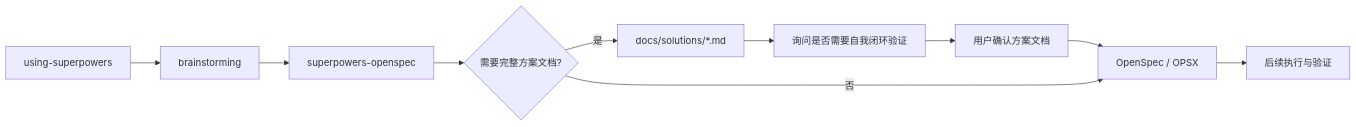
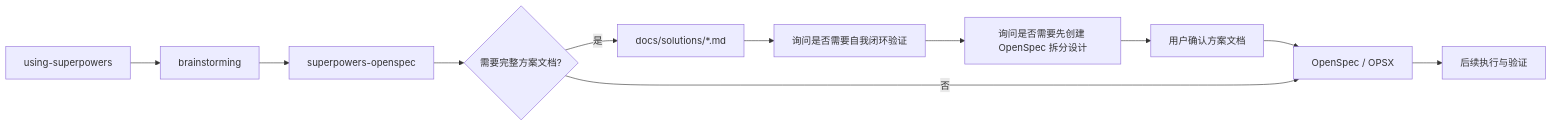
Before and after one commit to tielei60/superpowers-openspec: the diagram in references/skill-usage-sequence.md, drawn with Mermaid. The commit also changed other lines of this file and 9 other files, not shown here.

````diff
--- a/references/skill-usage-sequence.md
+++ b/references/skill-usage-sequence.md
@@ -7,12 +7,13 @@
 ```mermaid
 flowchart LR
     A[using-superpowers] --> B[brainstorming]
     B --> C[superpowers-openspec]
     C --> D{需要完整方案文档?}
     D -- 是 --> E[docs/solutions/*.md]
     E --> F[询问是否需要自我闭环验证]
-    F --> G[用户确认方案文档]
-    G --> H[OpenSpec / OPSX]
-    D -- 否 --> H[OpenSpec / OPSX]
-    H --> I[后续执行与验证]
+    F --> G[询问是否需要先创建 OpenSpec 拆分设计]
+    G --> H[用户确认方案文档]
+    H --> I[OpenSpec / OPSX]
+    D -- 否 --> I[OpenSpec / OPSX]
+    I --> J[后续执行与验证]
 ```
````
